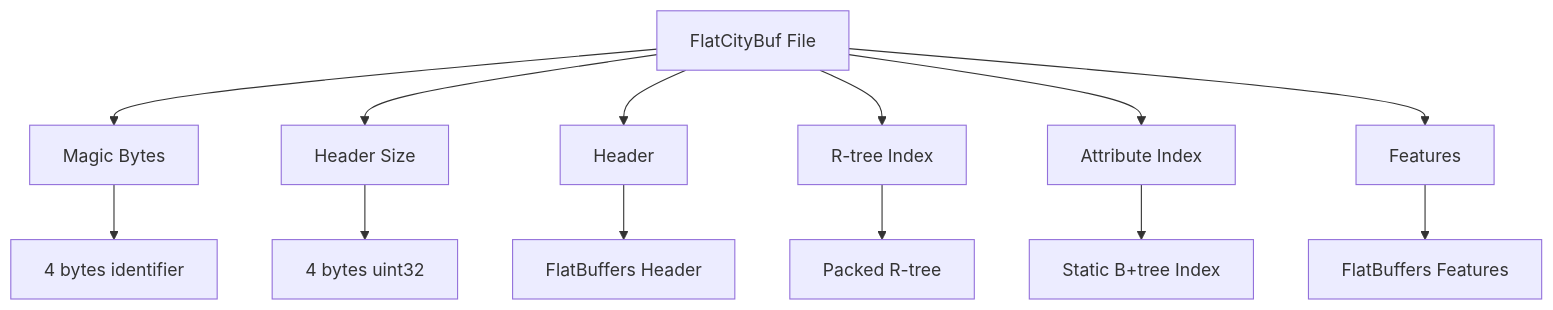
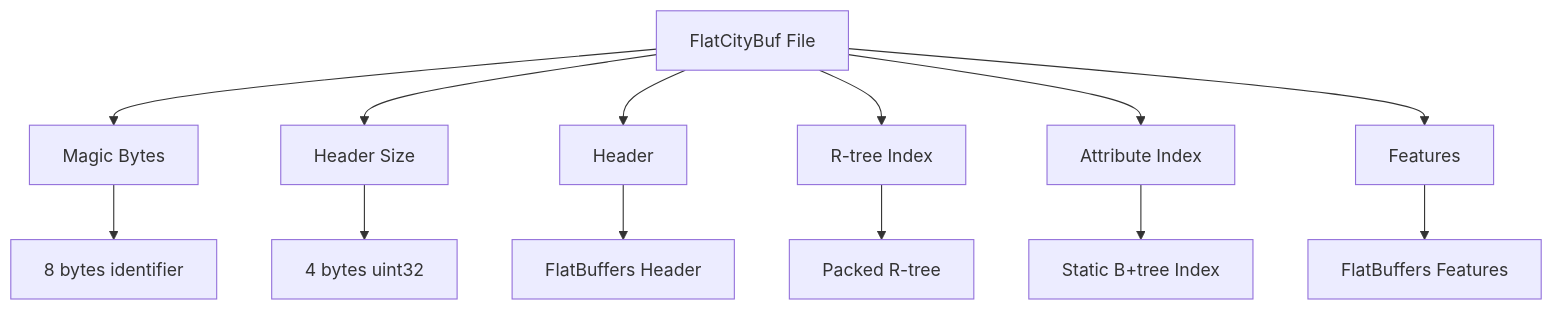
Before and after one commit to cityjson/flatcitybuf: the diagram in .cursor/rules/memory/specification.md, drawn with Mermaid. The commit also changed other lines of this file and 51 other files, not shown here.

````diff
--- a/.cursor/rules/memory/specification.md
+++ b/.cursor/rules/memory/specification.md
@@ -146,16 +73,16 @@
 ```mermaid
 graph TD
     A[FlatCityBuf File] --> B[Magic Bytes]
     A --> C[Header Size]
     A --> D[Header]
     A --> E[R-tree Index]
     A --> F[Attribute Index]
     A --> G[Features]
 
-    B --> B1[4 bytes identifier]
+    B --> B1[8 bytes identifier]
     C --> C1[4 bytes uint32]
     D --> D1[FlatBuffers Header]
     E --> E1[Packed R-tree]
     F --> F1[Static B+tree Index]
     G --> G1[FlatBuffers Features]
 ```
````
